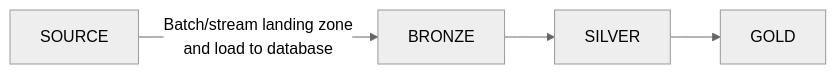
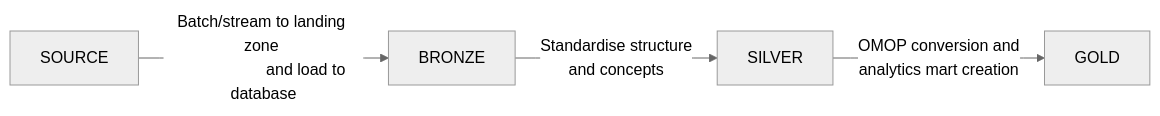
Before and after one commit to d3london/sde_aic_external_docs: the diagram in src/pages/data_pipeline/intro.qmd, drawn with Mermaid. The commit also changed other lines of this file and 5 other files, not shown here.

Commit message:
updated intro text and diagram

````diff
--- a/src/pages/data_pipeline/intro.qmd
+++ b/src/pages/data_pipeline/intro.qmd
@@ -5,7 +5,9 @@
 ```{mermaid}
 %%{init: {'theme': 'neutral' } }%%
   flowchart LR
 
-    A["SOURCE"]--"Batch/stream landing zone 
-                    and load to database"-->B["BRONZE"]-->C["SILVER"]-->D["GOLD"]
+    A["SOURCE"]--"Batch/stream to landing zone 
+                    and load to database"-->B["BRONZE"]--"Standardise structure 
+                                                          and concepts"-->C["SILVER"]--"OMOP conversion and
+                                                                                        analytics mart creation"-->D["GOLD"]
 ```
````
